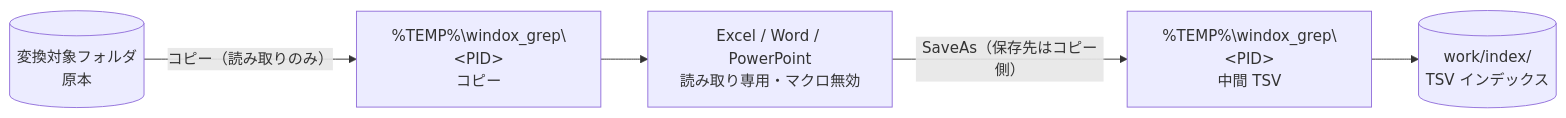
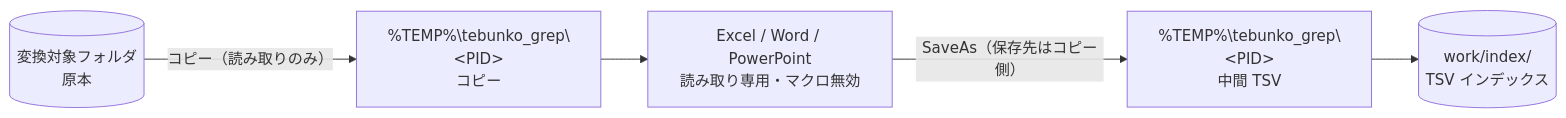
Before and after one commit to hsgwa/tebunko: the diagram in docs/04_安全性.md, drawn with Mermaid. The commit also changed other lines of this file and 108 other files, not shown here.

First line of the commit message:
リポジトリ名を tebunko にし、ツール名を tebunko_grep へ改める

````diff
--- a/docs/04_安全性.md
+++ b/docs/04_安全性.md
@@ -121,13 +121,13 @@
 ```mermaid
 flowchart LR
     src[("変換対象フォルダ<br>原本")]
-    copy["%TEMP%\windox_grep\#lt;PID#gt;<br>コピー"]
+    copy["%TEMP%\tebunko_grep\#lt;PID#gt;<br>コピー"]
     office["Excel / Word / PowerPoint<br>読み取り専用・マクロ無効"]
-    tsv["%TEMP%\windox_grep\#lt;PID#gt;<br>中間 TSV"]
+    tsv["%TEMP%\tebunko_grep\#lt;PID#gt;<br>中間 TSV"]
     idx[("work/index/<br>TSV インデックス")]
 
     src -- "コピー（読み取りのみ）" --> copy
     copy --> office
     office -- "SaveAs（保存先はコピー側）" --> tsv
     tsv --> idx
 ```
````
